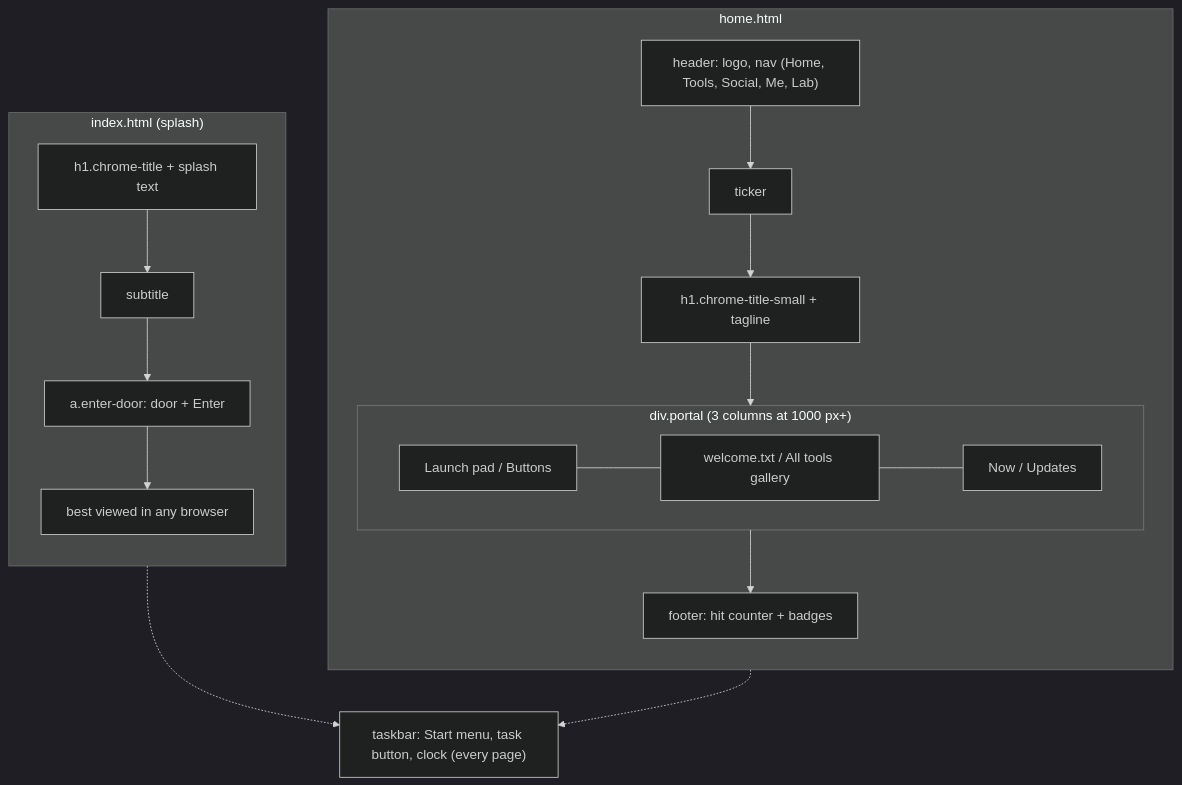
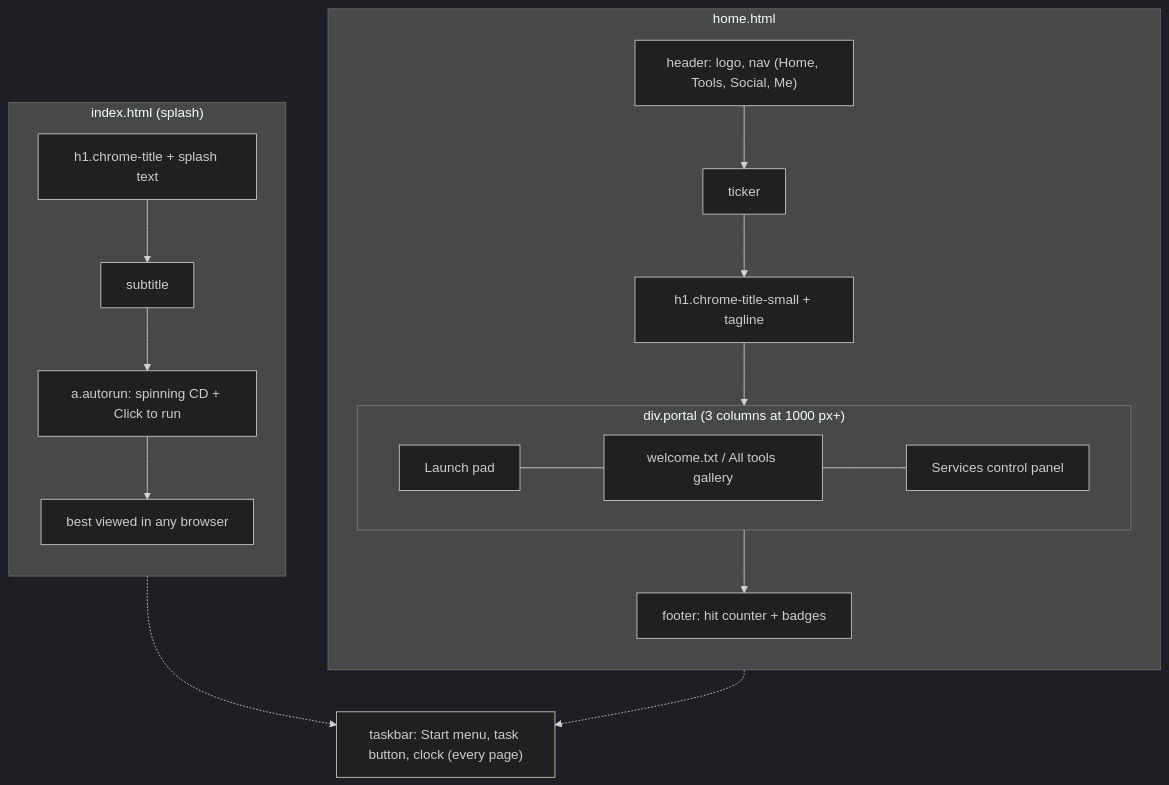
One commit to ChrisMedkit/CS-235-IntroToAI changed the third of 13 diagrams in DIAGRAM.md. Above: the diagram before and after it, drawn with Mermaid (dark theme). The commit also changed other lines of this file and 30 other files, not shown here.

Commit message:
Fill in site content; CD-ROM splash button; Home services panel; Me desk with sticky notes; remove Lab

````diff
--- a/DIAGRAM.md
+++ b/DIAGRAM.md
@@ -45,20 +44,20 @@
 ```mermaid
 flowchart TD
   subgraph SPL["index.html (splash)"]
     direction TB
-    T1["h1.chrome-title + splash text"] --> SUB["subtitle"] --> DOOR["a.enter-door: door + Enter"] --> NOTE["best viewed in any browser"]
+    T1["h1.chrome-title + splash text"] --> SUB["subtitle"] --> CD["a.autorun: spinning CD + Click to run"] --> NOTE["best viewed in any browser"]
   end
   subgraph HOME["home.html"]
     direction TB
-    HD["header: logo, nav (Home, Tools, Social, Me, Lab)"] --> TK["ticker"] --> T2["h1.chrome-title-small + tagline"]
+    HD["header: logo, nav (Home, Tools, Social, Me)"] --> TK["ticker"] --> T2["h1.chrome-title-small + tagline"]
     T2 --> PORTAL
     subgraph PORTAL["div.portal (3 columns at 1000 px+)"]
       direction LR
-      L["Launch pad / Buttons"] --- C["welcome.txt / All tools gallery"] --- R["Now / Updates"]
+      L["Launch pad"] --- C["welcome.txt / All tools gallery"] --- R["Services control panel"]
     end
     PORTAL --> FT["footer: hit counter + badges"]
   end
   TB["taskbar: Start menu, task button, clock (every page)"]
   SPL -.-> TB
   HOME -.-> TB
 ```
````
